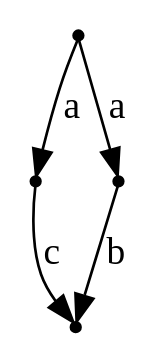
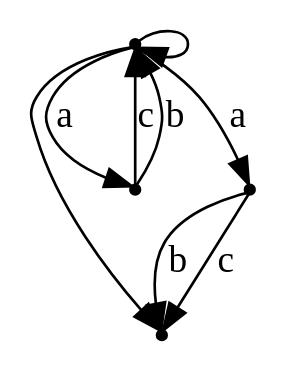
The diagram in output/counterexample.dot (jangreen/rat), drawn with Graphviz before and after one commit. The commit also changed 5 other files, not shown here.

```diff
--- a/output/counterexample.dot
+++ b/output/counterexample.dot
@@ -1,6 +1,10 @@
 digraph { node[shape="point"]
 N0 -> N3[label = "a"];
-N3 -> N1[label = "c"];
+N3 -> N0[label = "c"];
+N3 -> N0[label = "b"];
+N0 -> N1[label = ""];
+N0 -> N0[label = ""];
 N0 -> N2[label = "a"];
 N2 -> N1[label = "b"];
+N2 -> N1[label = "c"];
 }
```
